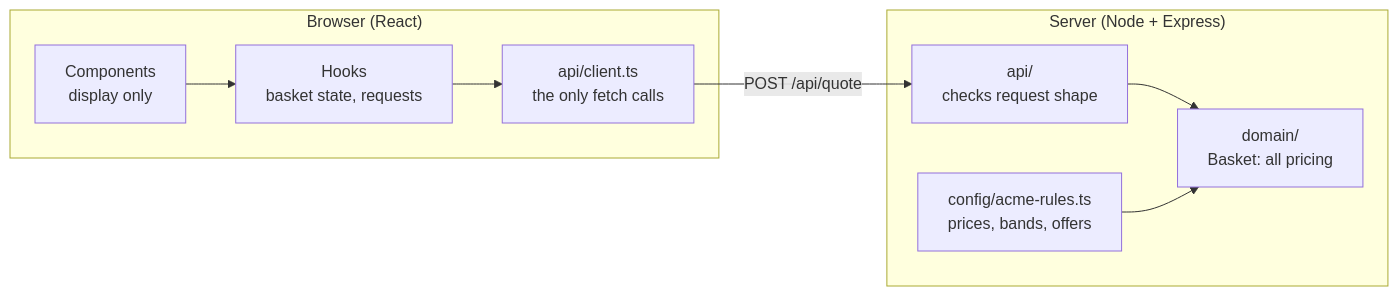
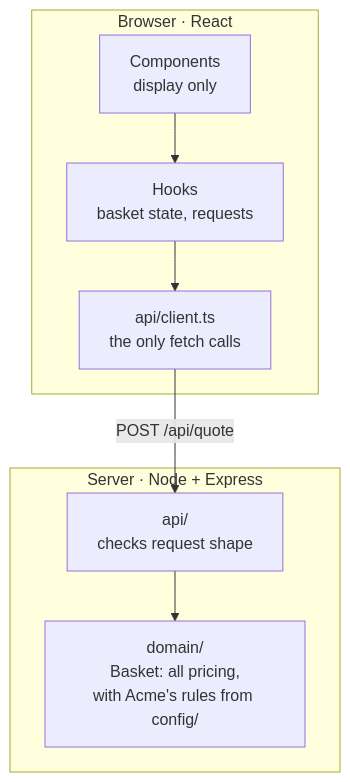
The diagram in README.md (Lucasamorales/acme-widget-co), drawn with Mermaid before and after one commit.

Commit message:
docs: stack the architecture diagram so it fits the README column
The left-to-right diagram rendered 1,405 px wide, so readers had to scroll
sideways. Top to bottom in one column it is 346 px wide, narrow enough for
a phone. Acme's rules are folded into the domain box; the text below the
diagram still explains where they live.

````diff
--- a/README.md
+++ b/README.md
@@ -120,12 +120,11 @@
 ```mermaid
-flowchart LR
-  subgraph Browser["Browser (React)"]
+flowchart TB
+  subgraph Browser["Browser · React"]
     UI["Components<br/>display only"] --> Hooks["Hooks<br/>basket state, requests"]
     Hooks --> Client["api/client.ts<br/>the only fetch calls"]
   end
+  subgraph Server["Server · Node + Express"]
+    API["api/<br/>checks request shape"] --> Domain["domain/<br/>Basket: all pricing,<br/>with Acme's rules from config/"]
+  end
   Client -- "POST /api/quote" --> API
-  subgraph Server["Server (Node + Express)"]
-    API["api/<br/>checks request shape"] --> Domain["domain/<br/>Basket: all pricing"]
-    Rules["config/acme-rules.ts<br/>prices, bands, offers"] --> Domain
-  end
 ```
````
